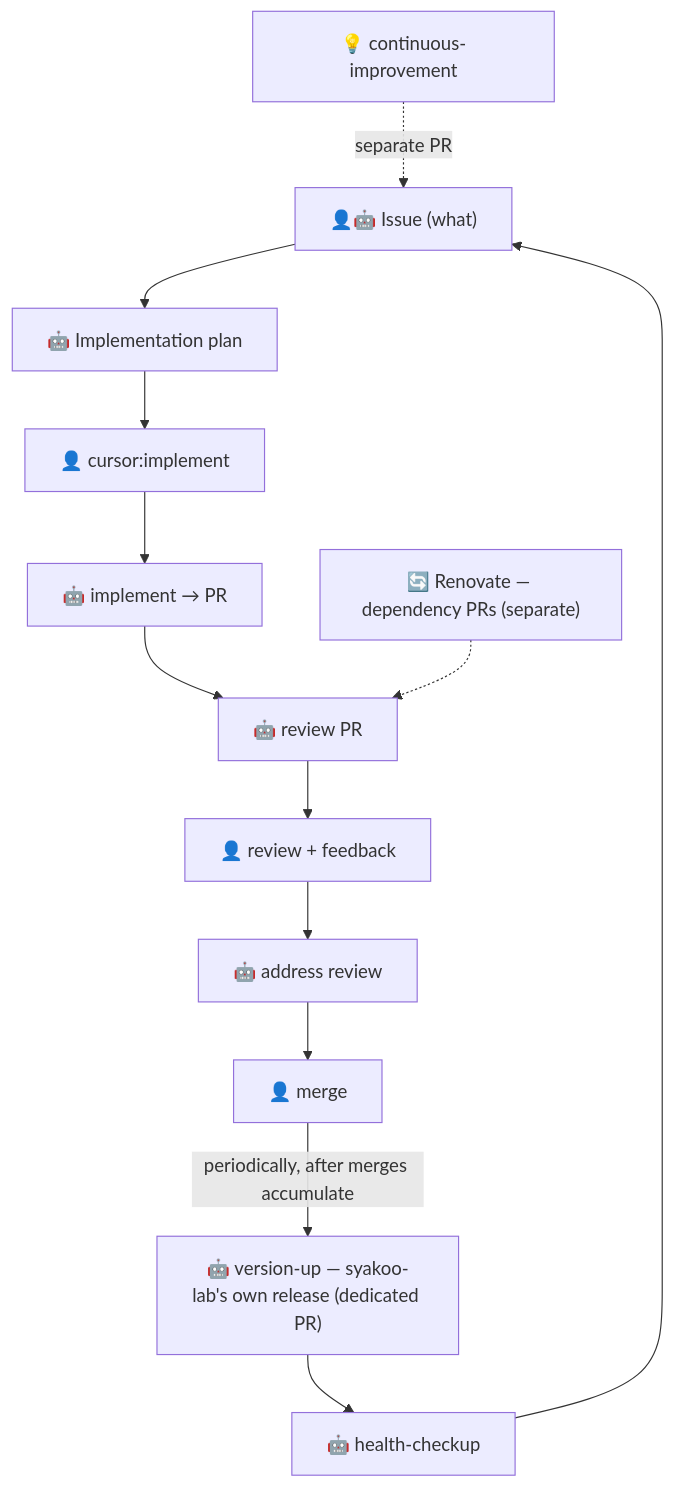
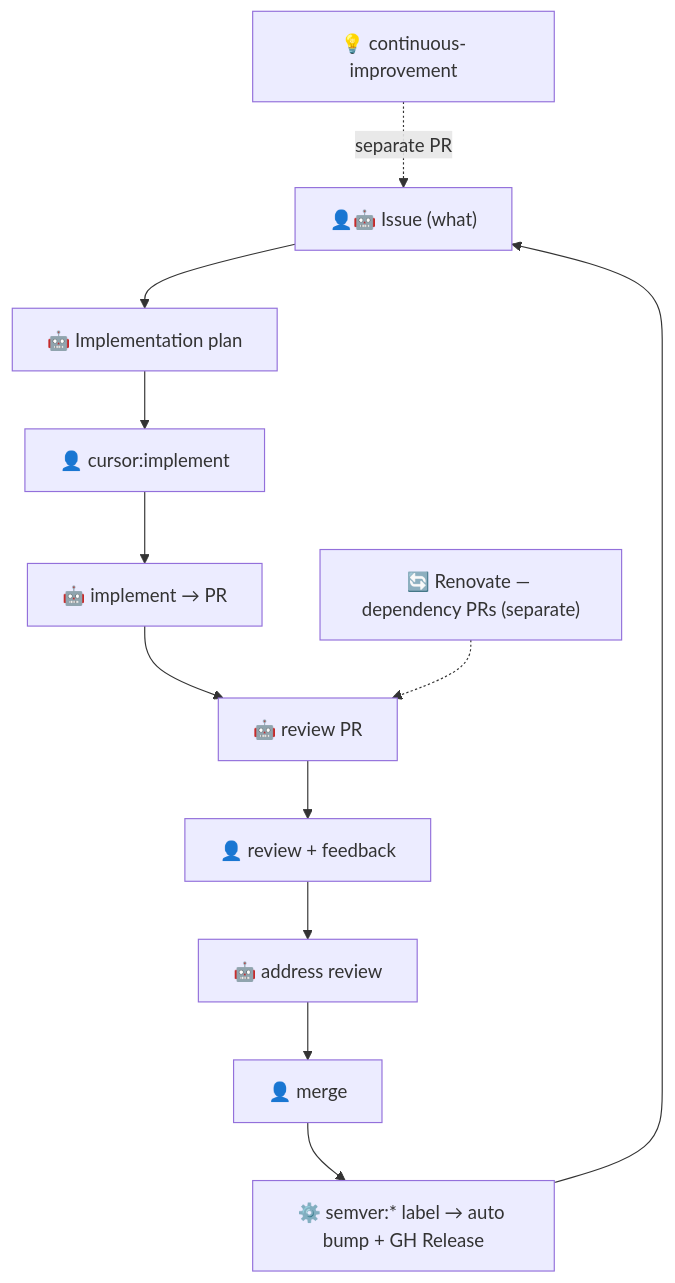
One commit to syakoo/syakoo-lab changed the diagram in .cursor/rules/ai-workflow.mdc. Above: the diagram before and after it, drawn with Mermaid. The commit also changed other lines of this file and 6 other files, not shown here.

First line of the commit message:
ci: bump version and publish release from semver:* labels on merge

````diff
--- a/.cursor/rules/ai-workflow.mdc
+++ b/.cursor/rules/ai-workflow.mdc
@@ -21,15 +21,14 @@
 ```mermaid
 flowchart TD
   A["👤🤖 Issue (what)"] --> B["🤖 Implementation plan"]
   B --> C["👤 cursor:implement"]
   C --> D["🤖 implement → PR"]
   D --> E["🤖 review PR"]
   E --> F["👤 review + feedback"]
   F --> G["🤖 address review"]
   G --> H["👤 merge"]
-  H -->|periodically, after merges accumulate| I["🤖 version-up — syakoo-lab's own release (dedicated PR)"]
-  I --> J["🤖 health-checkup"]
+  H --> J["⚙️ semver:* label → auto bump + GH Release"]
   J --> A
   L["💡 continuous-improvement"] -.separate PR.-> A
   R["🔄 Renovate — dependency PRs (separate)"] -.-> E
 ```
````
